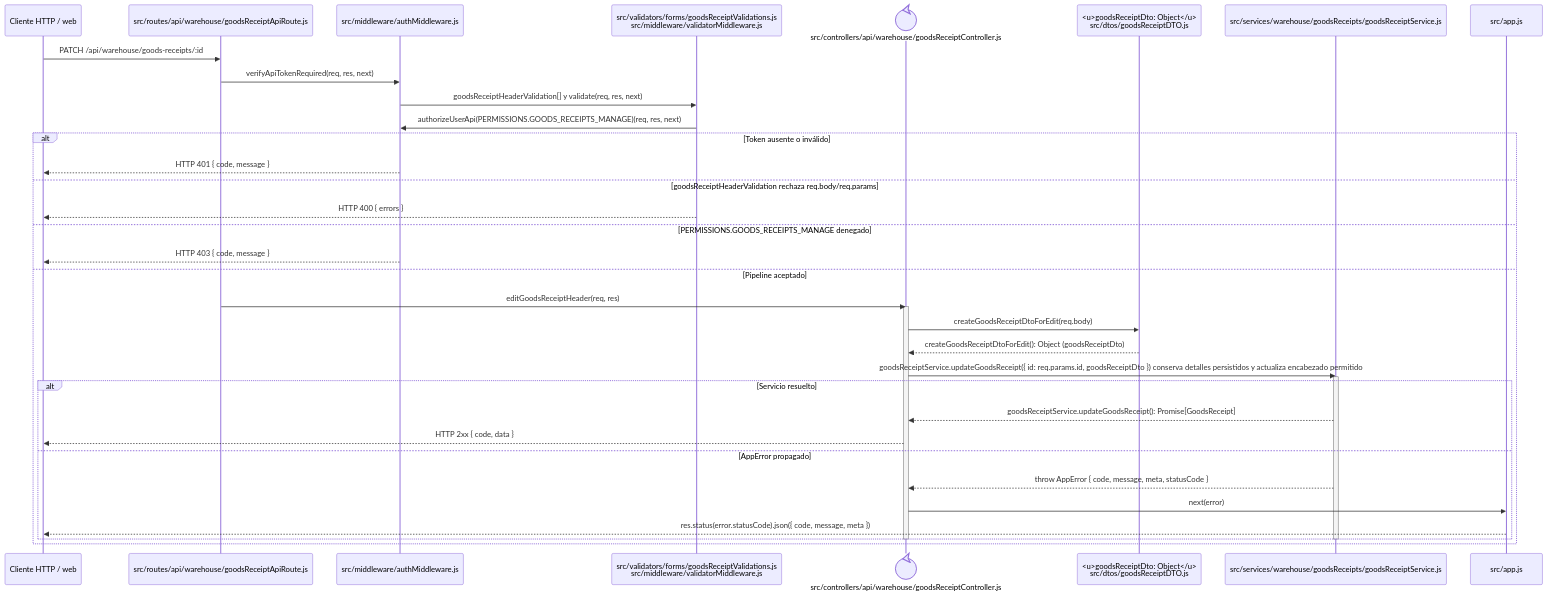
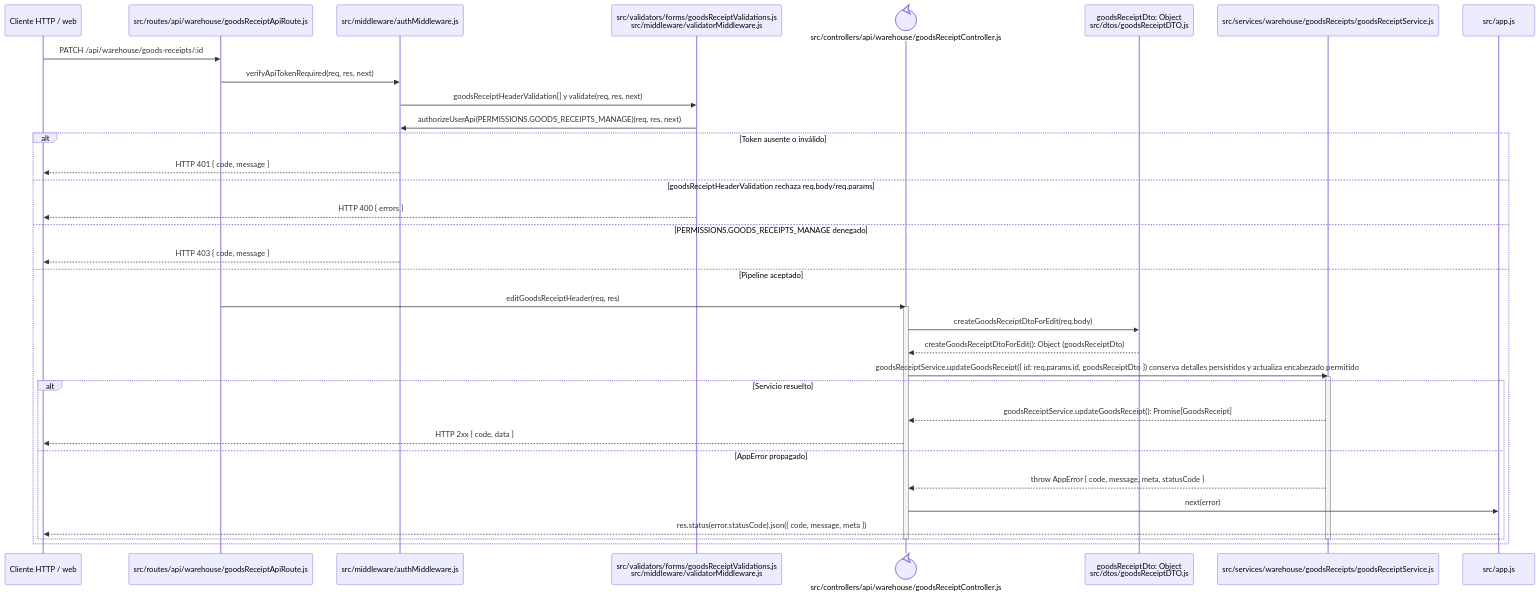
One commit to gpgsistemas01/nexus changed the diagram in docs/architecture/backend-code-sequences/purchases/cu-ent-03.md. Above: the diagram before and after it, drawn with Mermaid. The commit also changed 38 other files, not shown here.

````diff
--- a/docs/architecture/backend-code-sequences/purchases/cu-ent-03.md
+++ b/docs/architecture/backend-code-sequences/purchases/cu-ent-03.md
@@ -6,40 +6,40 @@
 ```mermaid
 sequenceDiagram
     participant Client as Cliente HTTP / web
     participant Route as src/routes/api/warehouse/goodsReceiptApiRoute.js
     participant Auth as src/middleware/authMiddleware.js
     participant Validator as src/validators/forms/goodsReceiptValidations.js<br/>src/middleware/validatorMiddleware.js
     participant Controller@{ "type": "control" } as src/controllers/api/warehouse/goodsReceiptController.js
-    participant ReceiptDto as <u>goodsReceiptDto: Object</u><br/>src/dtos/goodsReceiptDTO.js
+    participant ReceiptDto as goodsReceiptDto: Object<br/>src/dtos/goodsReceiptDTO.js
     participant Domain as src/services/warehouse/goodsReceipts/goodsReceiptService.js
     participant ErrorHandler as src/app.js
 
     Client->>Route: PATCH /api/warehouse/goods-receipts/:id
     Route->>Auth: verifyApiTokenRequired(req, res, next)
     Auth->>Validator: goodsReceiptHeaderValidation[] y validate(req, res, next)
     Validator->>Auth: authorizeUserApi(PERMISSIONS.GOODS_RECEIPTS_MANAGE)(req, res, next)
     alt Token ausente o inválido
         Auth-->>Client: HTTP 401 { code, message }
     else goodsReceiptHeaderValidation rechaza req.body/req.params
         Validator-->>Client: HTTP 400 { errors }
     else PERMISSIONS.GOODS_RECEIPTS_MANAGE denegado
         Auth-->>Client: HTTP 403 { code, message }
     else Pipeline aceptado
         Route->>Controller: editGoodsReceiptHeader(req, res)
         activate Controller
         Controller->>ReceiptDto: createGoodsReceiptDtoForEdit(req.body)
         ReceiptDto-->>Controller: createGoodsReceiptDtoForEdit(): Object (goodsReceiptDto)
         Controller->>Domain: goodsReceiptService.updateGoodsReceipt({ id: req.params.id, goodsReceiptDto }) conserva detalles persistidos y actualiza encabezado permitido
         activate Domain
         alt Servicio resuelto
             Domain-->>Controller: goodsReceiptService.updateGoodsReceipt(): Promise[GoodsReceipt]
             Controller-->>Client: HTTP 2xx { code, data }
         else AppError propagado
             Domain-->>Controller: throw AppError { code, message, meta, statusCode }
             Controller->>ErrorHandler: next(error)
             ErrorHandler-->>Client: res.status(error.statusCode).json({ code, message, meta })
         end
         deactivate Domain
         deactivate Controller
     end
 ```
````
